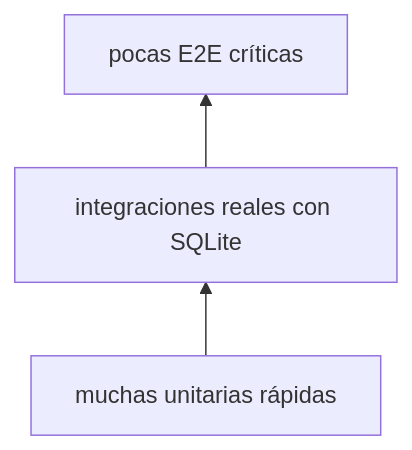
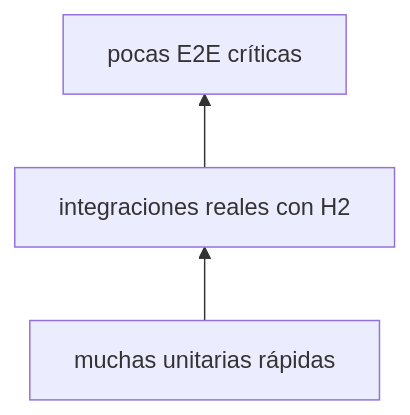
One commit to NICORUIZ93/The_Imperial_Book changed the second of 4 diagrams in web/public/content/foundations/modulo-4.md. Above: the diagram before and after it, drawn with Mermaid. The commit also changed other lines of this file and 1 other file, not shown here.

````diff
--- a/web/public/content/foundations/modulo-4.md
+++ b/web/public/content/foundations/modulo-4.md
@@ -459,4 +497,4 @@
 ```mermaid
 flowchart BT
-    UNIT["muchas unitarias rápidas"] --> INT["integraciones reales con SQLite"] --> E2E["pocas E2E críticas"]
+    UNIT["muchas unitarias rápidas"] --> INT["integraciones reales con H2"] --> E2E["pocas E2E críticas"]
 ```
````
